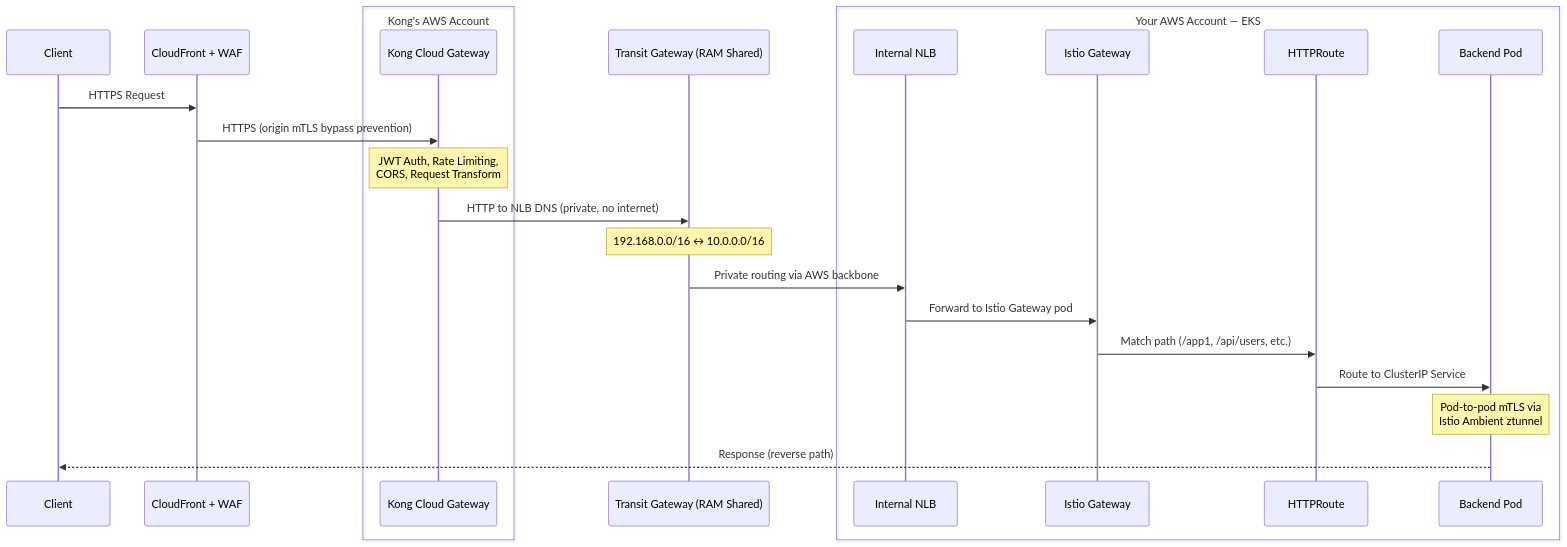
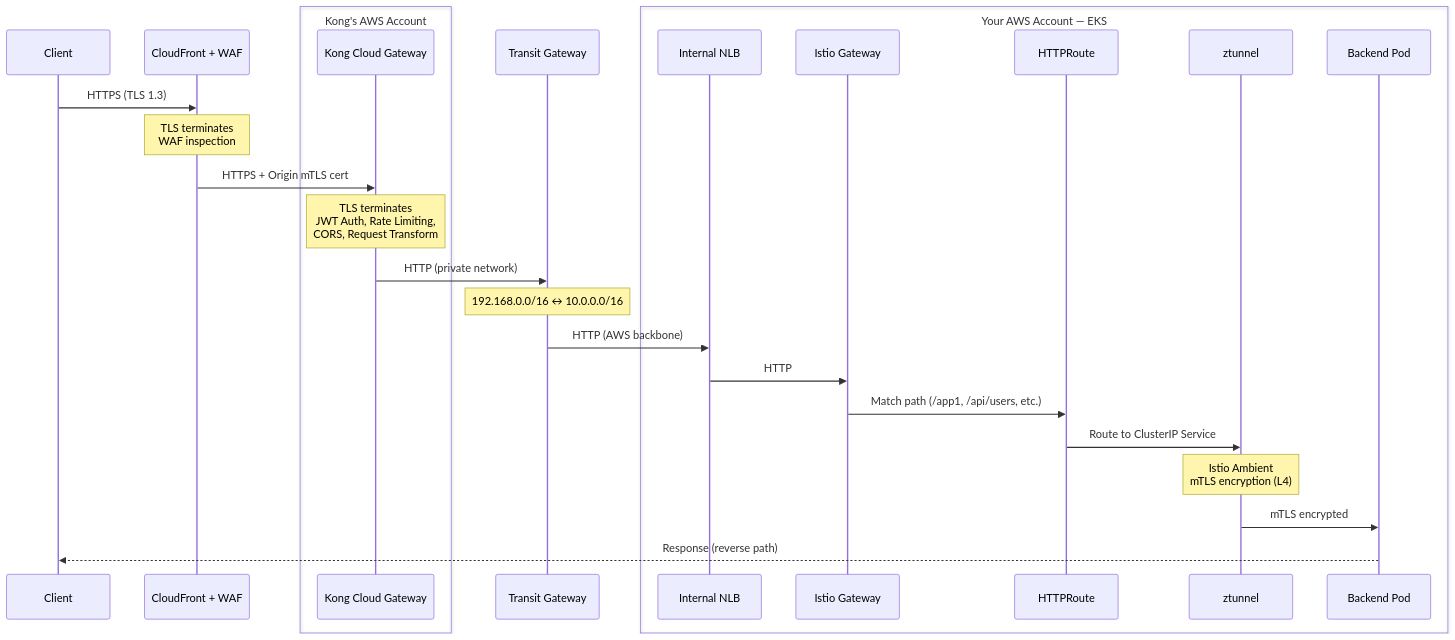
One commit to shanaka-versent/Kong-Konnect-Cloud-Gateway-on-EKS changed the third of 5 diagrams in README.md. Above: the diagram before and after it, drawn with Mermaid. The commit also changed other lines of this file, not shown here.

First line of the commit message:
Add end-to-end encryption diagram and update sequence diagram

````diff
--- a/README.md
+++ b/README.md
@@ -91,27 +120,30 @@
 ```mermaid
 sequenceDiagram
     participant C as Client
     participant CF as CloudFront + WAF
     box Kong's AWS Account
         participant K as Kong Cloud Gateway
     end
-    participant TGW as Transit Gateway (RAM Shared)
+    participant TGW as Transit Gateway
     box Your AWS Account — EKS
         participant NLB as Internal NLB
         participant IG as Istio Gateway
         participant HR as HTTPRoute
+        participant ZT as ztunnel
         participant P as Backend Pod
     end
 
-    C->>CF: HTTPS Request
-    CF->>K: HTTPS (origin mTLS bypass prevention)
-    Note over K: JWT Auth, Rate Limiting,<br/>CORS, Request Transform
-    K->>TGW: HTTP to NLB DNS (private, no internet)
+    C->>CF: HTTPS (TLS 1.3)
+    Note over CF: TLS terminates<br/>WAF inspection
+    CF->>K: HTTPS + Origin mTLS cert
+    Note over K: TLS terminates<br/>JWT Auth, Rate Limiting,<br/>CORS, Request Transform
+    K->>TGW: HTTP (private network)
     Note over TGW: 192.168.0.0/16 ↔ 10.0.0.0/16
-    TGW->>NLB: Private routing via AWS backbone
-    NLB->>IG: Forward to Istio Gateway pod
+    TGW->>NLB: HTTP (AWS backbone)
+    NLB->>IG: HTTP
     IG->>HR: Match path (/app1, /api/users, etc.)
-    HR->>P: Route to ClusterIP Service
-    Note over P: Pod-to-pod mTLS via<br/>Istio Ambient ztunnel
+    HR->>ZT: Route to ClusterIP Service
+    Note over ZT: Istio Ambient<br/>mTLS encryption (L4)
+    ZT->>P: mTLS encrypted
     P-->>C: Response (reverse path)
 ```
````
